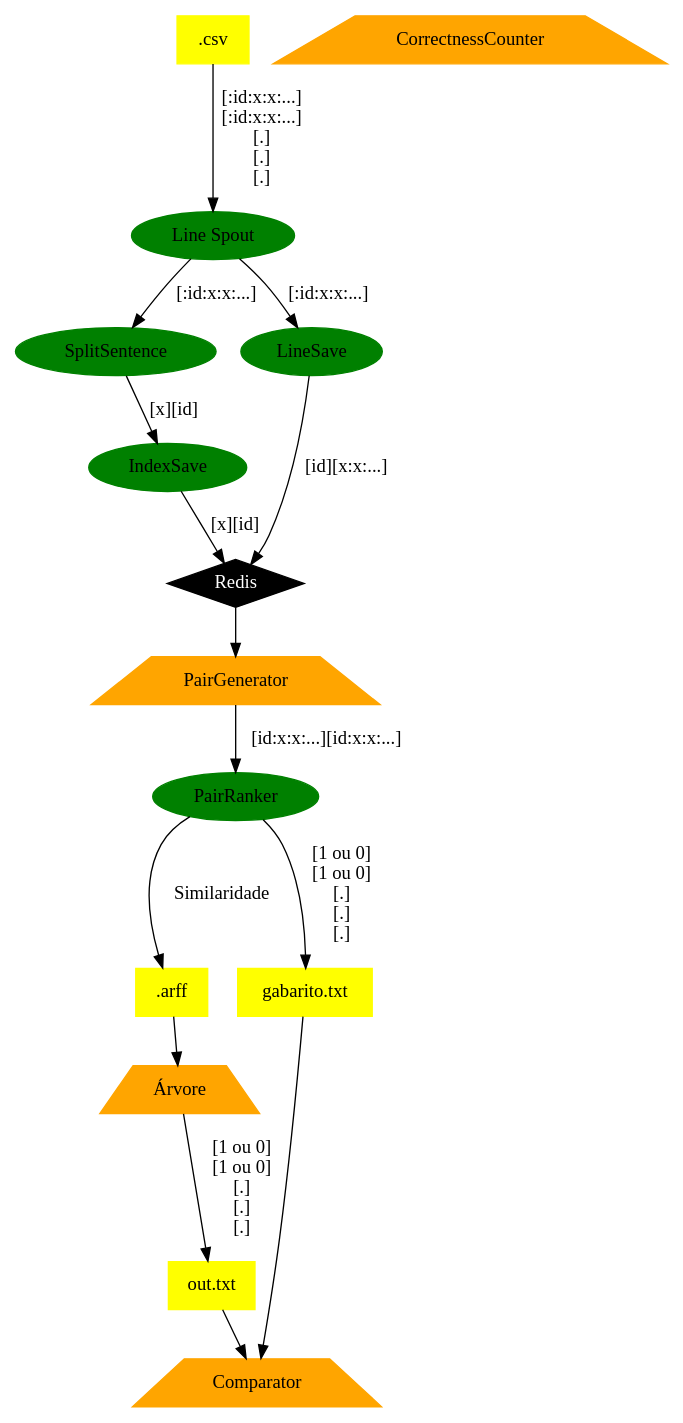
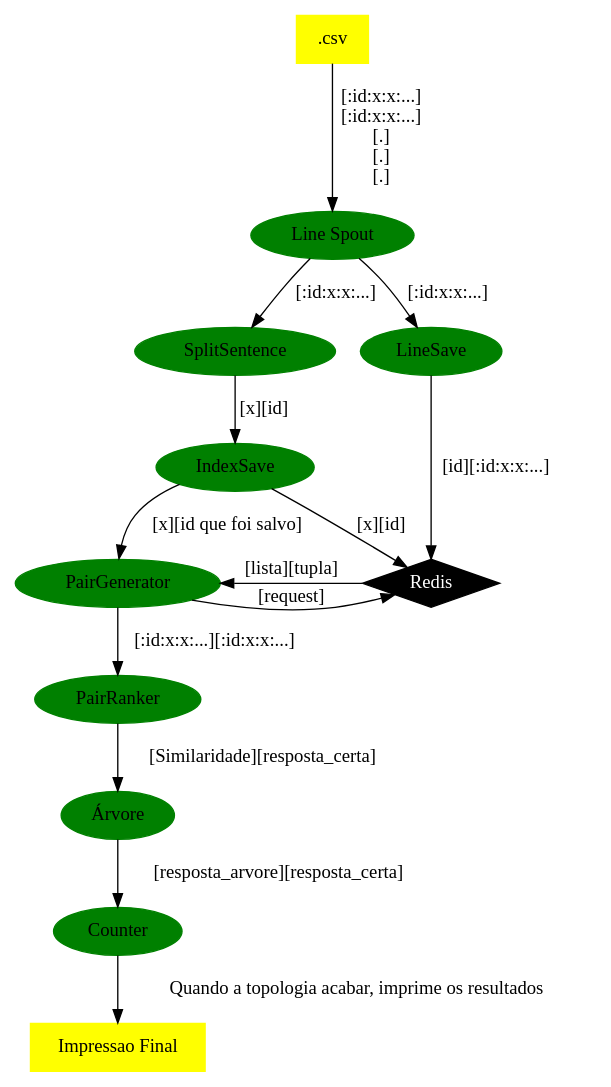
One commit to luanfelixpimentel/storminho changed the diagram in info/whats_going_on.dot. Above: the diagram before and after it, drawn with Graphviz.

Commit message:
Agora eu know whats going on

```diff
--- a/info/whats_going_on.dot
+++ b/info/whats_going_on.dot
@@ -1,61 +1,58 @@
 digraph projeto_topology {
     node [style="filled"]
+
     //files
     {
         node [shape="box" color="yellow"]
         csv [label=".csv"]
-        arff [label=".arff"]
-        out [label="out.txt"]
-        gabarito [label="gabarito.txt"]
+        impressaofinal [label="Impressao Final"]
     }
     //spouts and bolts
     {
         node [shape="ellipse" color="green"]
         linespout [label="Line Spout", comment="teste"]
         splitsentence [label="SplitSentence"]
         linesave [label="LineSave"]
         indexsave [label="IndexSave"]
         pairranker [label="PairRanker"]
+        pairgenerator [label="PairGenerator"]
+        arvore [label="Árvore"]
+        counter [label="Counter"]
     }
     //programas
     {
         node [shape="trapezium" color="orange"]
-        pairgenerator [label="PairGenerator"]
-        comparator [label="Comparator"]
-        correctnesscounter [label="CorrectnessCounter"]
-        arvore [label="Árvore"]
     }
 
     //outros
     {
         node [shape="diamond" color="black" fontcolor="white"]
         redis [label="Redis"]
     }
 
     //ligações
     {
         csv -> linespout [label="[:id:x:x:...]\n[:id:x:x:...]\n[.]\n[.]\n[.]"]
         linespout -> splitsentence [label="[:id:x:x:...]"]
         linespout -> linesave [label="[:id:x:x:...]"]
-        linesave -> redis [label="[id][x:x:...]"]
+        linesave -> redis [label="[id][:id:x:x:...]"]
         splitsentence -> indexsave [label="[x][id]"]
         indexsave -> redis[label="[x][id]"]
-        redis -> pairgenerator [label=""]
-        pairgenerator -> pairranker [label="[id:x:x:...][id:x:x:...]"]
-        pairranker -> arff [label="Similaridade"]
-        pairranker -> gabarito [label="[1 ou 0]\n[1 ou 0]\n[.]\n[.]\n[.]"]
-        arff -> arvore [label=""]
-        arvore -> out [label="[1 ou 0]\n[1 ou 0]\n[.]\n[.]\n[.]"]
-        out -> comparator [label=""]
-        gabarito -> comparator [label=""]
+        indexsave -> pairgenerator [label="[x][id que foi salvo]"]
+        pairgenerator -> redis [label="[request]"]
+        redis -> pairgenerator [label="[lista][tupla]"]
+        pairgenerator -> pairranker [label="[:id:x:x:...][:id:x:x:...]"]
+        pairranker -> arvore [label="[Similaridade][resposta_certa]"]
+        arvore -> counter [label="[resposta_arvore][resposta_certa]"]
+        counter -> impressaofinal [label="Quando a topologia acabar, imprime os resultados"]
 
     }
 
     //ranks (posições)
     {
         {rank=same; splitsentence linesave}
-        {rank=same; arff gabarito}
+        {rank=same; pairgenerator redis}
 
 
     }
 }
```
